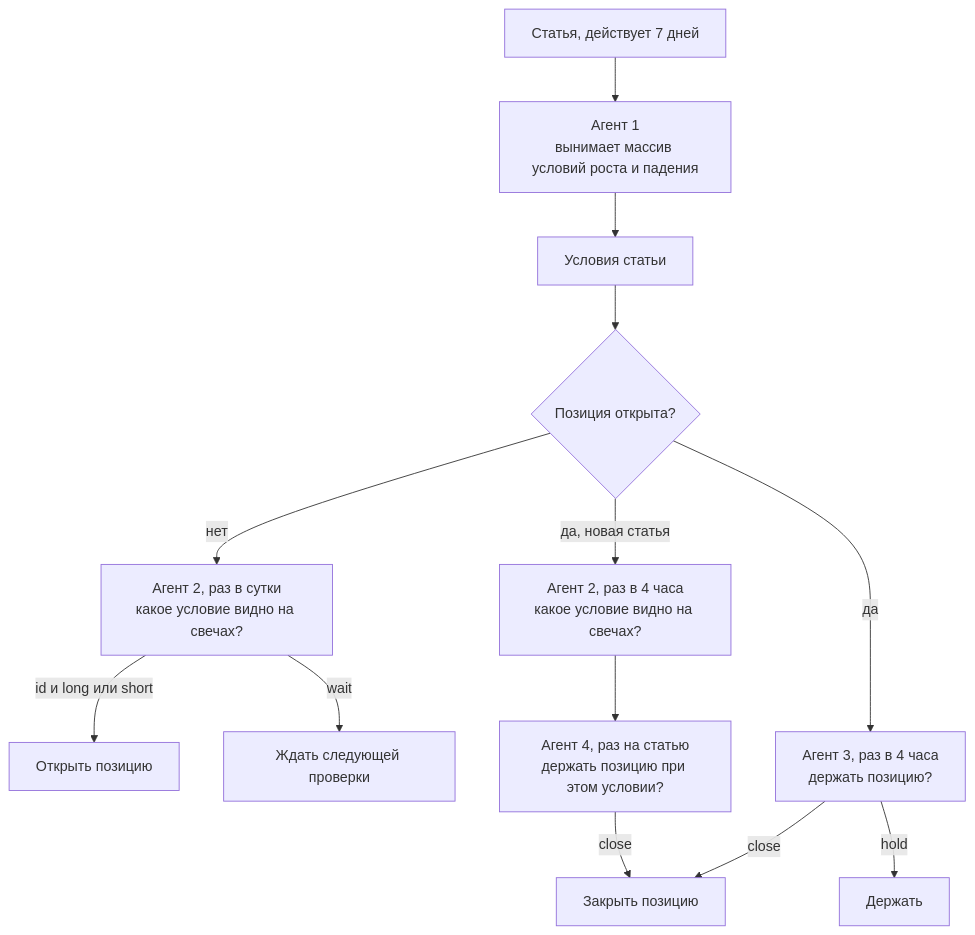
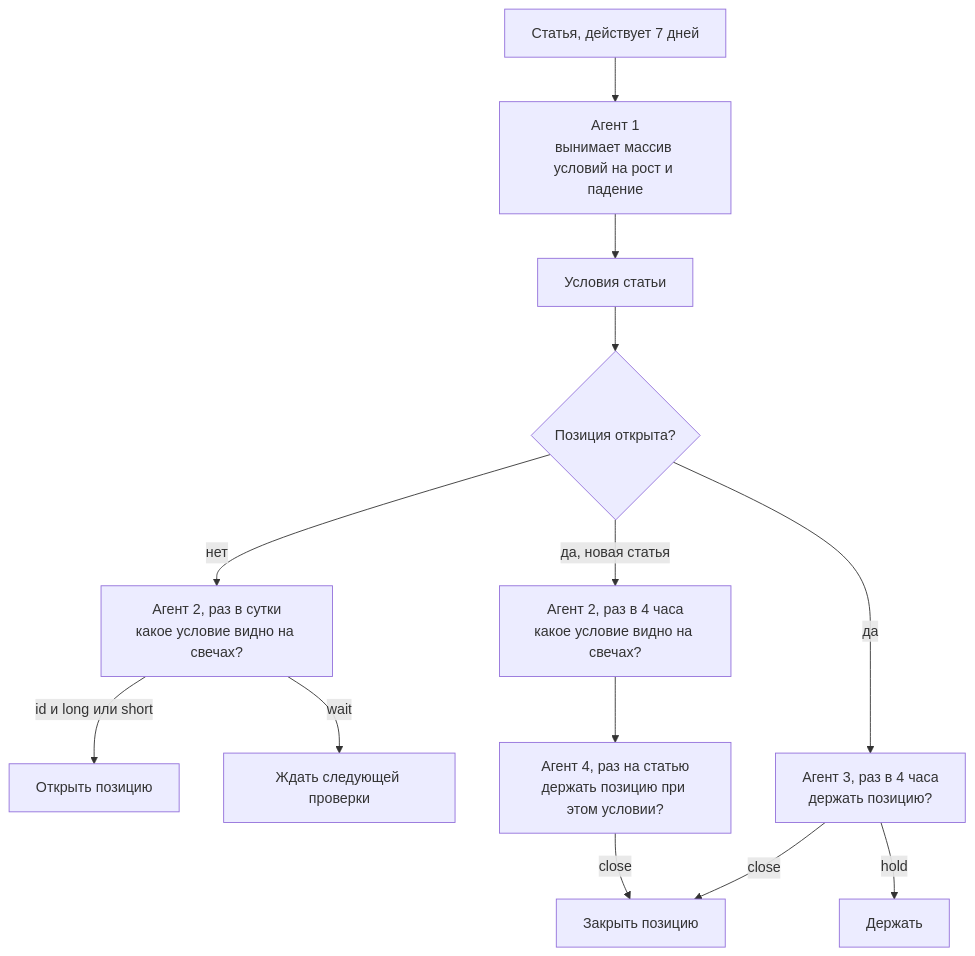
The diagram in docs/AGENT.md (backtest-kit/backtest-news-claims), drawn with Mermaid before and after one commit. The commit also changed other lines of this file and 4 other files, not shown here.

````diff
--- a/docs/AGENT.md
+++ b/docs/AGENT.md
@@ -7,15 +7,15 @@
 ```mermaid
 flowchart TD
-    A["Статья, действует 7 дней"] --> L1["Агент 1<br/>вынимает массив условий роста и падения"]
+    A["Статья, действует 7 дней"] --> L1["Агент 1<br/>вынимает массив условий на рост и падение"]
     L1 --> C["Условия статьи"]
     C --> Q{"Позиция открыта?"}
     Q -- нет --> L2["Агент 2, раз в сутки<br/>какое условие видно на свечах?"]
     L2 -- "id и long или short" --> O["Открыть позицию"]
     L2 -- wait --> W["Ждать следующей проверки"]
     Q -- да --> L3["Агент 3, раз в 4 часа<br/>держать позицию?"]
     Q -- "да, новая статья" --> L2A["Агент 2, раз в 4 часа<br/>какое условие видно на свечах?"]
     L2A --> L4["Агент 4, раз на статью<br/>держать позицию при этом условии?"]
     L4 -- close --> X["Закрыть позицию"]
     L3 -- close --> X
     L3 -- hold --> H["Держать"]
 ```
````
